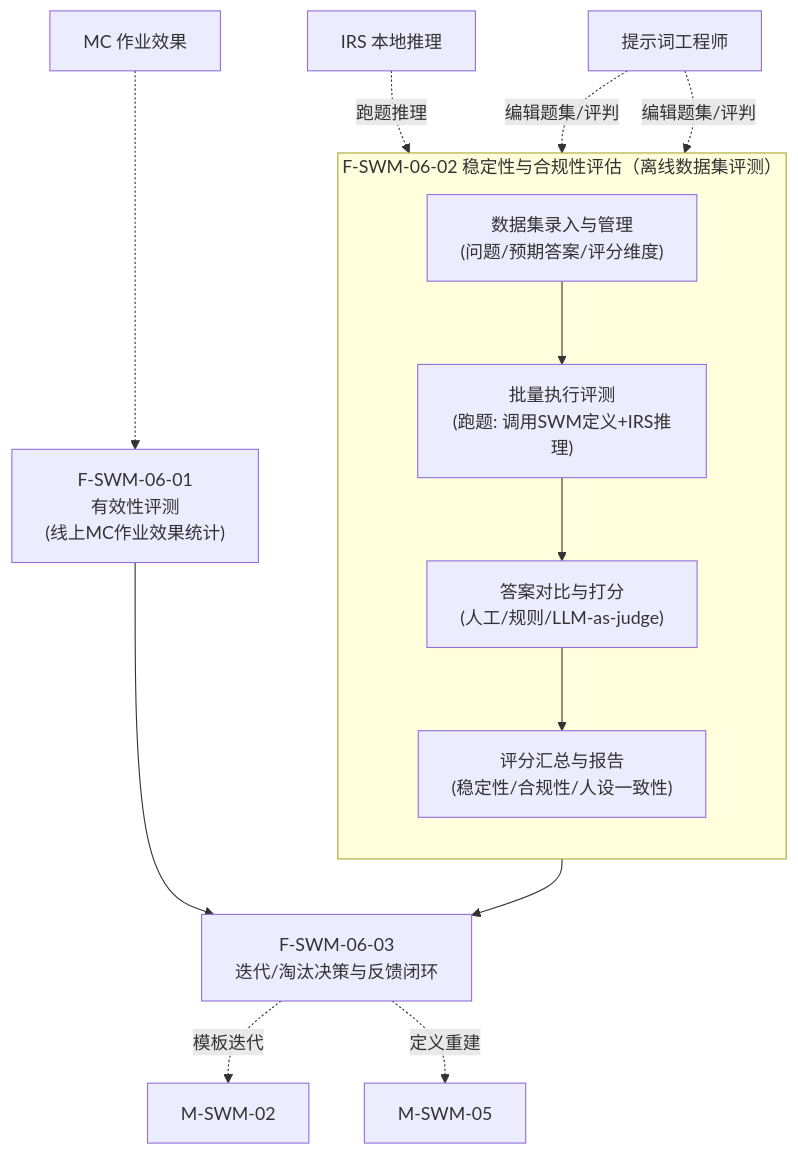
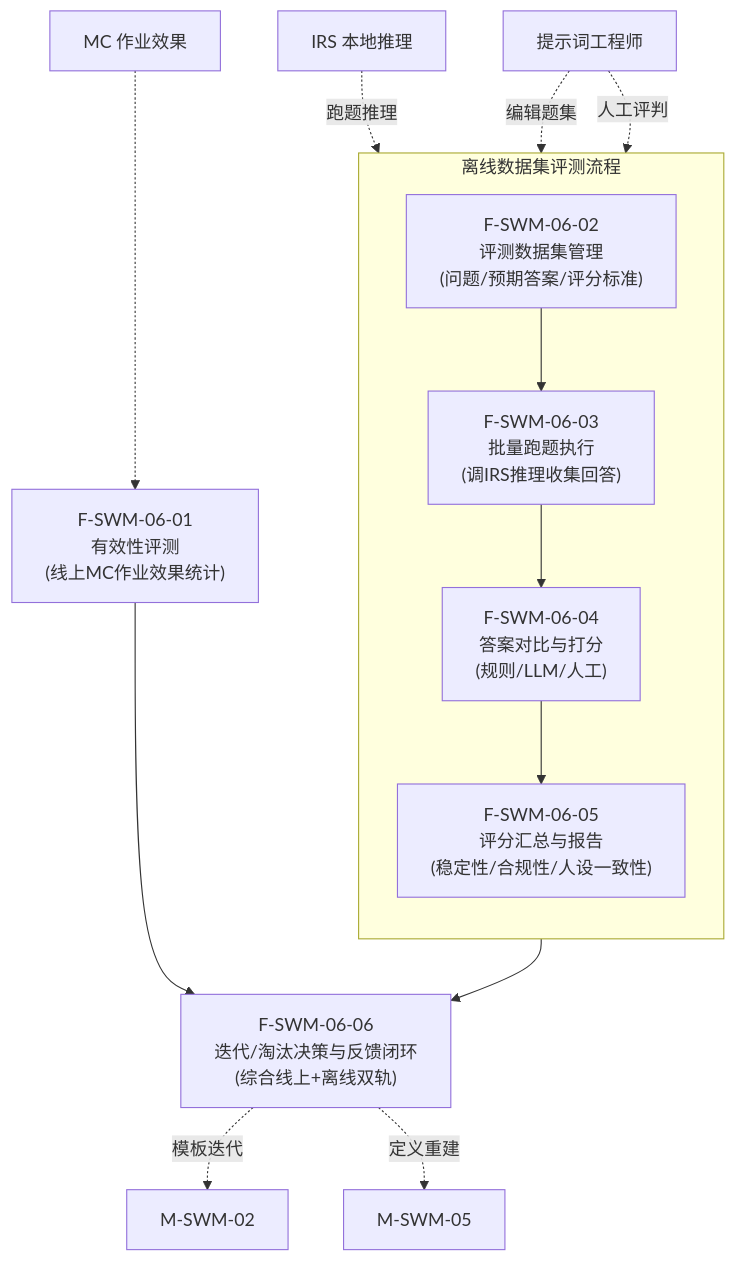
One commit to Sj-g/obsidian changed diagram 27 of 47 in 公司项目/认知作战/文档/软件概要设计-架构图.md. Above: the diagram before and after it, drawn with Mermaid. The commit also changed other lines of this file and 1 other file, not shown here.

Commit message:
vault backup: 2026-07-09 16:46:10

````diff
--- a/公司项目/认知作战/文档/软件概要设计-架构图.md
+++ b/公司项目/认知作战/文档/软件概要设计-架构图.md
@@ -596,22 +596,24 @@
 ```mermaid
 flowchart TB
-    subgraph F0602_detail["F-SWM-06-02 稳定性与合规性评估（离线数据集评测）"]
+    F0601["F-SWM-06-01<br/>有效性评测<br/>(线上MC作业效果统计)"]
+
+    subgraph OFFLINE["离线数据集评测流程"]
         direction TB
-        D1["数据集录入与管理<br/>(问题/预期答案/评分维度)"]
-        D2["批量执行评测<br/>(跑题: 调用SWM定义+IRS推理)"]
-        D3["答案对比与打分<br/>(人工/规则/LLM-as-judge)"]
-        D4["评分汇总与报告<br/>(稳定性/合规性/人设一致性)"]
-        D1 --> D2 --> D3 --> D4
+        F0602["F-SWM-06-02<br/>评测数据集管理<br/>(问题/预期答案/评分标准)"]
+        F0603["F-SWM-06-03<br/>批量跑题执行<br/>(调IRS推理收集回答)"]
+        F0604["F-SWM-06-04<br/>答案对比与打分<br/>(规则/LLM/人工)"]
+        F0605["F-SWM-06-05<br/>评分汇总与报告<br/>(稳定性/合规性/人设一致性)"]
+        F0602 --> F0603 --> F0604 --> F0605
     end
 
-    F0601["F-SWM-06-01<br/>有效性评测<br/>(线上MC作业效果统计)"]
-    F0603["F-SWM-06-03<br/>迭代/淘汰决策与反馈闭环"]
+    F0606["F-SWM-06-06<br/>迭代/淘汰决策与反馈闭环<br/>(综合线上+离线双轨)"]
 
-    F0601 --> F0603
-    F0602_detail --> F0603
-    F0603 -.->|"模板迭代"| EXT["M-SWM-02"]
-    F0603 -.->|"定义重建"| EXT2["M-SWM-05"]
+    F0601 --> F0606
+    F0605 --> F0606
+    F0606 -.->|"模板迭代"| EXT["M-SWM-02"]
+    F0606 -.->|"定义重建"| EXT2["M-SWM-05"]
     MC1["MC 作业效果"] -.-> F0601
-    IRS["IRS 本地推理"] -.->|"跑题推理"| D2
-    ENG["提示词工程师"] -.->|"编辑题集/评判"| D1 & D3
+    IRS["IRS 本地推理"] -.->|"跑题推理"| F0603
+    ENG["提示词工程师"] -.->|"编辑题集"| F0602
+    ENG -.->|"人工评判"| F0604
 ```
````
